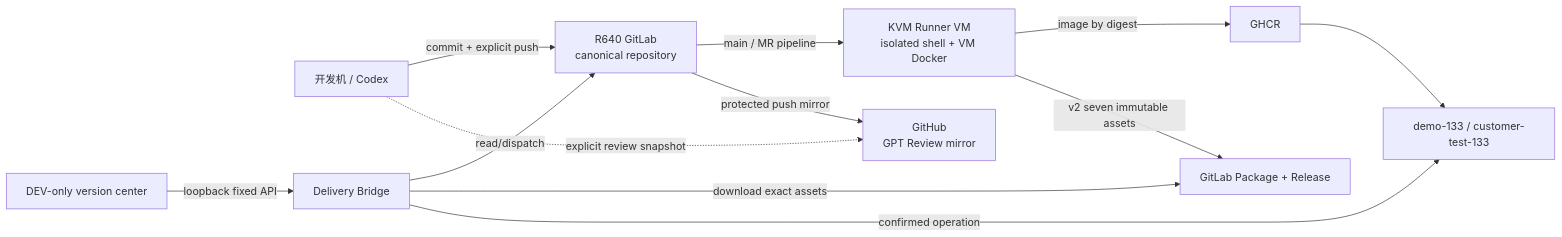
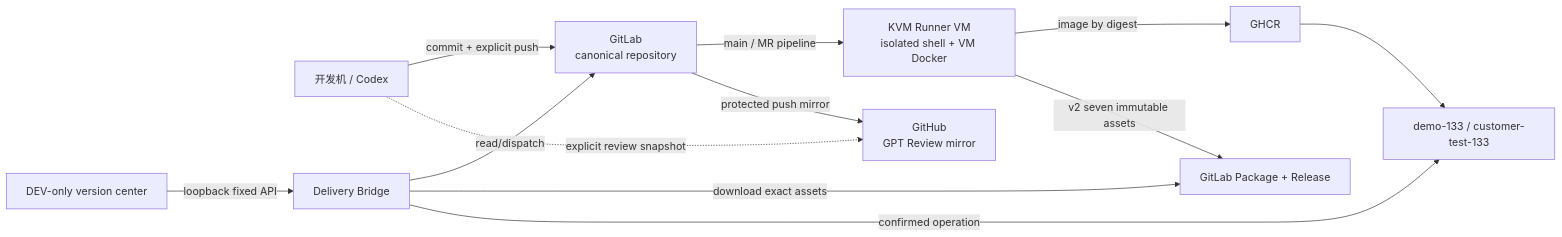
The diagram in docs/engineering/研发效能工作台与CI-CD设计.md (saurick/plush-toy-erp), drawn with Mermaid before and after one commit. The commit also changed other lines of this file and 95 other files, not shown here.

````diff
--- a/docs/engineering/研发效能工作台与CI-CD设计.md
+++ b/docs/engineering/研发效能工作台与CI-CD设计.md
@@ -15,14 +15,14 @@
 ```mermaid
 flowchart LR
-  L["开发机 / Codex"] -->|commit + explicit push| G["R640 GitLab<br/>canonical repository"]
+  L["开发机 / Codex"] -->|commit + explicit push| G["GitLab<br/>canonical repository"]
   L -.->|explicit review snapshot| H
   G -->|main / MR pipeline| R["KVM Runner VM<br/>isolated shell + VM Docker"]
   G -->|protected push mirror| H["GitHub<br/>GPT Review mirror"]
   R -->|image by digest| C["GHCR"]
   R -->|v2 seven immutable assets| P["GitLab Package + Release"]
   W["DEV-only version center"] -->|loopback fixed API| B["Delivery Bridge"]
   B -->|read/dispatch| G
   B -->|download exact assets| P
   B -->|confirmed operation| T["demo-133 / customer-test-133"]
   C --> T
 ```
````
